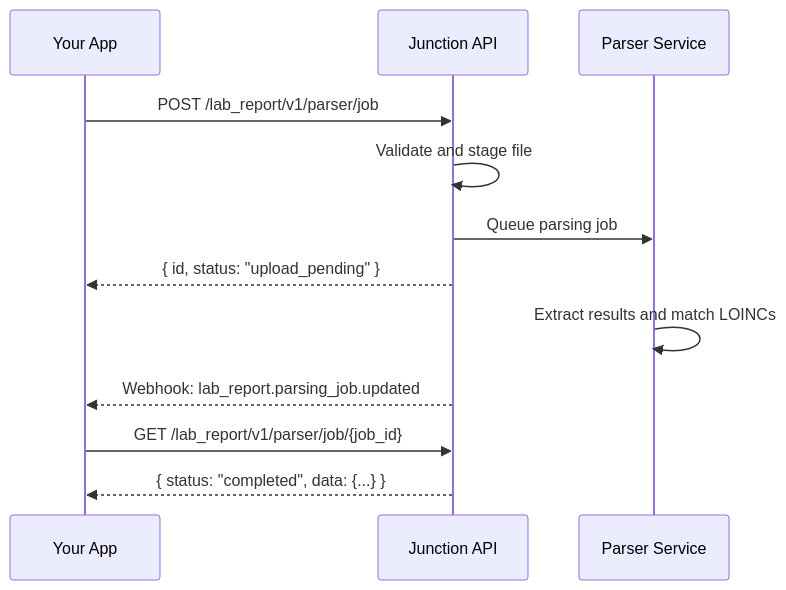
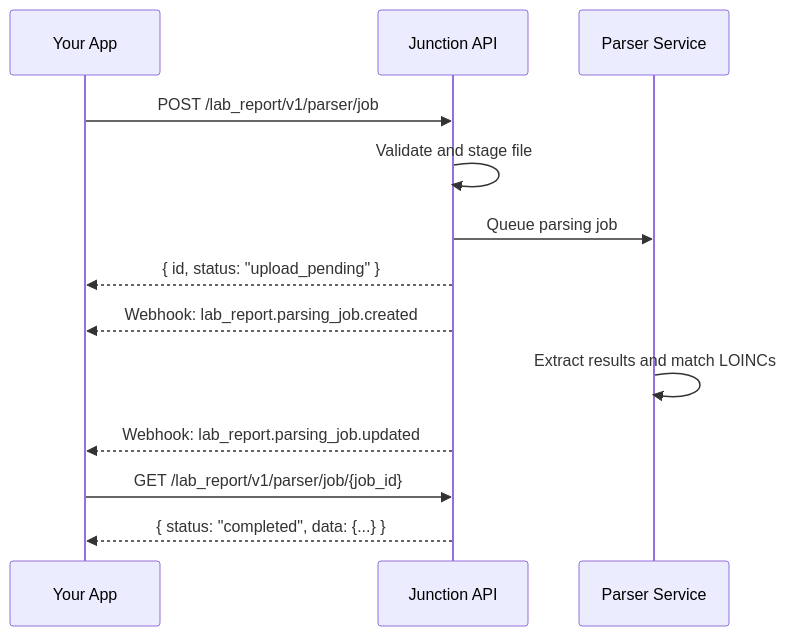
The diagram in docs/lab/report-parsing/overview.mdx (tryVital/docs), drawn with Mermaid before and after one commit. The commit also changed other lines of this file and 1 other file, not shown here.

Commit message:
some more stuff on lab parser and certifications.

````diff
--- a/docs/lab/report-parsing/overview.mdx
+++ b/docs/lab/report-parsing/overview.mdx
@@ -36,15 +36,16 @@
 ```mermaid
 sequenceDiagram
     participant App as Your App
     participant API as Junction API
     participant Parser as Parser Service
 
     App->>API: POST /lab_report/v1/parser/job
     API->>API: Validate and stage file
     API->>Parser: Queue parsing job
     API-->>App: { id, status: "upload_pending" }
+    API-->>App: Webhook: lab_report.parsing_job.created
     Parser->>Parser: Extract results and match LOINCs
     API-->>App: Webhook: lab_report.parsing_job.updated
     App->>API: GET /lab_report/v1/parser/job/{job_id}
     API-->>App: { status: "completed", data: {...} }
 ```
````
